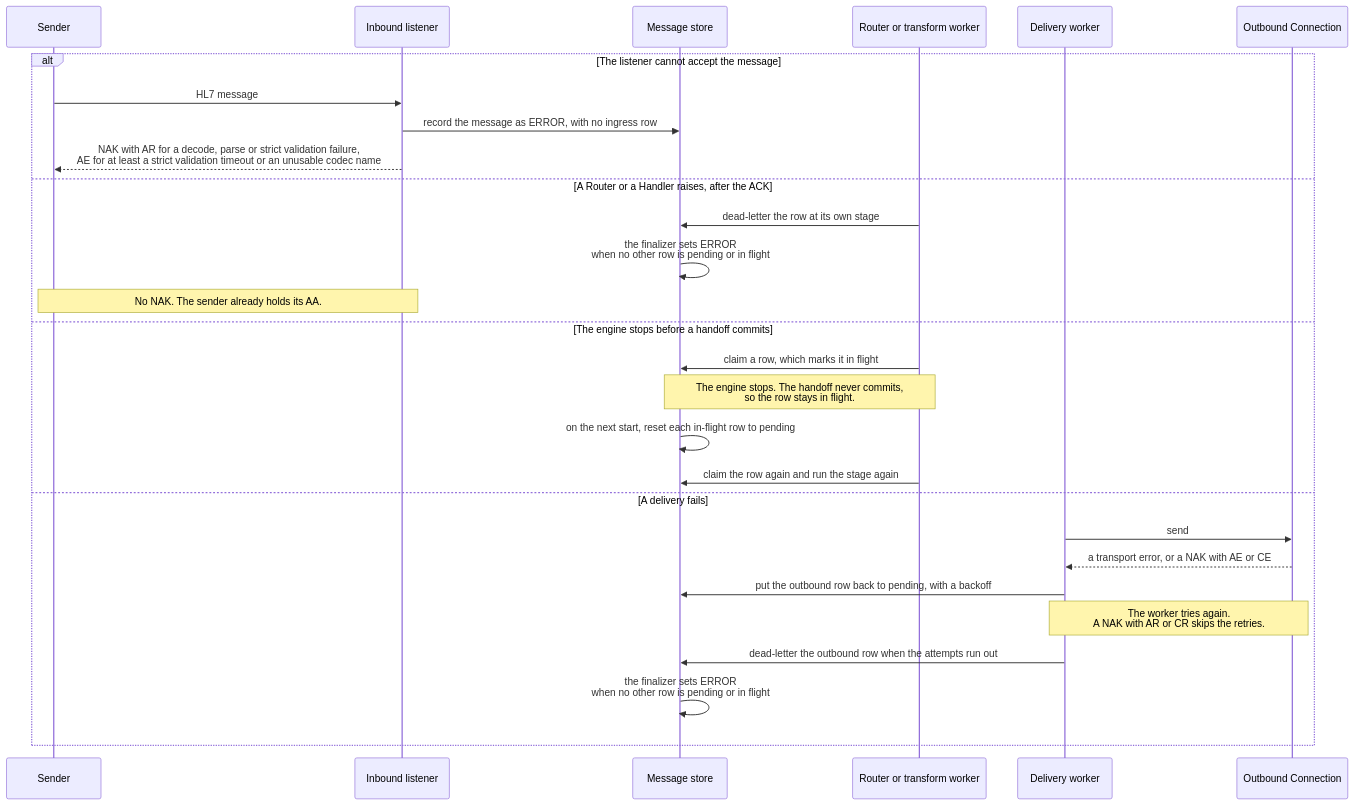
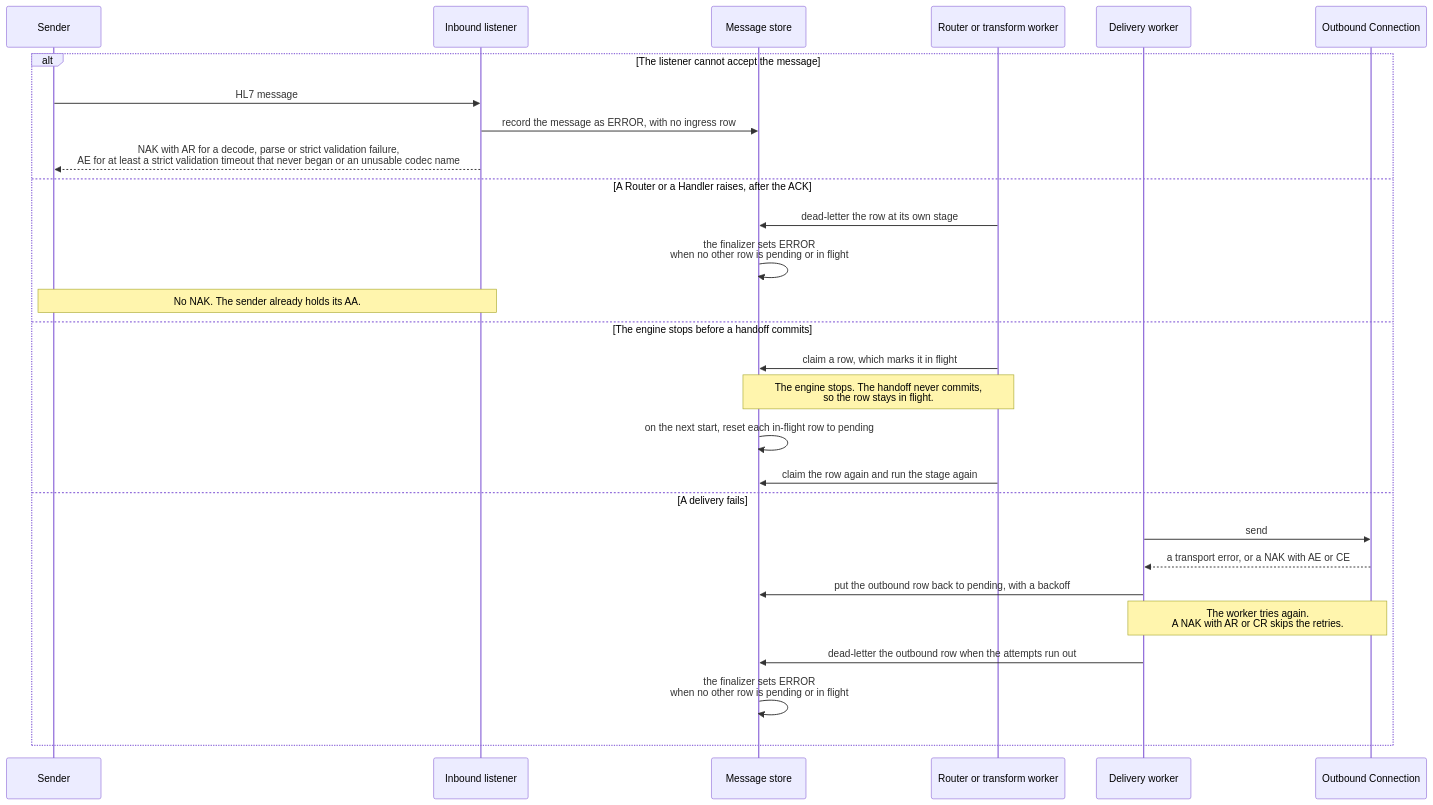
The sixth of 7 diagrams in docs/architecture-diagram.md (MEFORORG/MessageFoundry), drawn with Mermaid before and after one commit. The commit also changed other lines of this file and 11 other files, not shown here.

First line of the commit message:
Strict validation: every failure and a begun timeout are final on MLLP (AR), per owner ruling

````diff
--- a/docs/architecture-diagram.md
+++ b/docs/architecture-diagram.md
@@ -397,31 +397,31 @@
 ```mermaid
 sequenceDiagram
   participant SND as Sender
   participant LSN as Inbound listener
   participant MST as Message store
   participant WRK as Router or transform worker
   participant DLW as Delivery worker
   participant OBC as Outbound Connection
 
   alt The listener cannot accept the message
     SND->>LSN: HL7 message
     LSN->>MST: record the message as ERROR, with no ingress row
-    LSN-->>SND: NAK with AR for a decode, parse or strict validation failure,<br/>AE for at least a strict validation timeout or an unusable codec name
+    LSN-->>SND: NAK with AR for a decode, parse or strict validation failure,<br/>AE for at least a strict validation timeout that never began or an unusable codec name
   else A Router or a Handler raises, after the ACK
     WRK->>MST: dead-letter the row at its own stage
     MST->>MST: the finalizer sets ERROR<br/>when no other row is pending or in flight
     Note over SND,LSN: No NAK. The sender already holds its AA.
   else The engine stops before a handoff commits
     WRK->>MST: claim a row, which marks it in flight
     Note over MST,WRK: The engine stops. The handoff never commits,<br/>so the row stays in flight.
     MST->>MST: on the next start, reset each in-flight row to pending
     WRK->>MST: claim the row again and run the stage again
   else A delivery fails
     DLW->>OBC: send
     OBC-->>DLW: a transport error, or a NAK with AE or CE
     DLW->>MST: put the outbound row back to pending, with a backoff
     Note over DLW,OBC: The worker tries again.<br/>A NAK with AR or CR skips the retries.
     DLW->>MST: dead-letter the outbound row when the attempts run out
     MST->>MST: the finalizer sets ERROR<br/>when no other row is pending or in flight
   end
 ```
````
